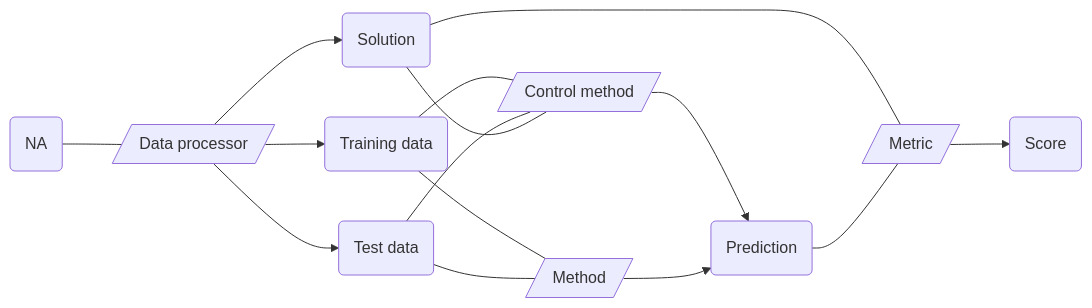
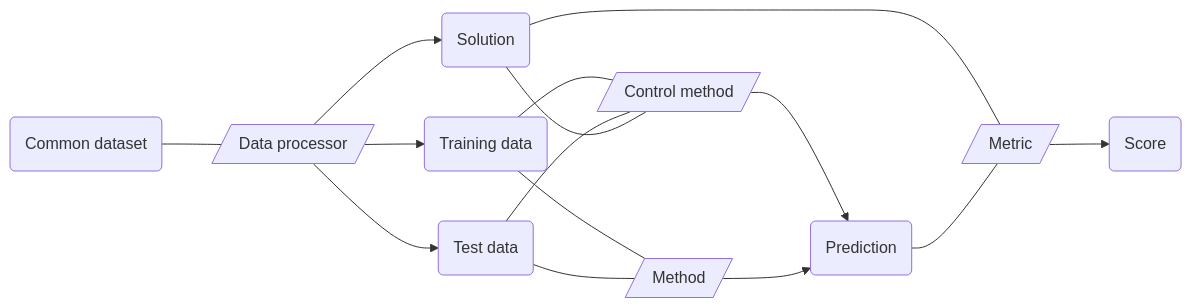
One commit to openproblems-bio/openproblems-v2 changed the diagram in src/tasks/label_projection/README.qmd. Above: the diagram before and after it, drawn with Mermaid. The commit also changed other lines of this file and 7 other files, not shown here.

````diff
--- a/src/tasks/label_projection/README.qmd
+++ b/src/tasks/label_projection/README.qmd
@@ -37,28 +50,28 @@
 ```{mermaid}
 %%| column: screen-inset-shaded
 flowchart LR
-  anndata_train(Training data)
-  anndata_test(Test data)
-  anndata_solution(Solution)
-  anndata_prediction(Prediction)
-  anndata_score(Score)
-  anndata_common_dataset(NA)
+  file_train(Training data)
+  file_test(Test data)
+  file_solution(Solution)
+  file_prediction(Prediction)
+  file_score(Score)
+  file_common_dataset(Common dataset)
   comp_control_method[/Control method/]
   comp_method[/Method/]
   comp_metric[/Metric/]
   comp_process_dataset[/Data processor/]
-  anndata_train---comp_control_method
-  anndata_test---comp_control_method
-  anndata_solution---comp_control_method
-  anndata_train---comp_method
-  anndata_test---comp_method
-  anndata_solution---comp_metric
-  anndata_prediction---comp_metric
-  anndata_common_dataset---comp_process_dataset
-  comp_control_method-->anndata_prediction
-  comp_method-->anndata_prediction
-  comp_metric-->anndata_score
-  comp_process_dataset-->anndata_train
-  comp_process_dataset-->anndata_test
-  comp_process_dataset-->anndata_solution
+  file_train---comp_control_method
+  file_test---comp_control_method
+  file_solution---comp_control_method
+  file_train---comp_method
+  file_test---comp_method
+  file_solution---comp_metric
+  file_prediction---comp_metric
+  file_common_dataset---comp_process_dataset
+  comp_control_method-->file_prediction
+  comp_method-->file_prediction
+  comp_metric-->file_score
+  comp_process_dataset-->file_train
+  comp_process_dataset-->file_test
+  comp_process_dataset-->file_solution
 ```
````
